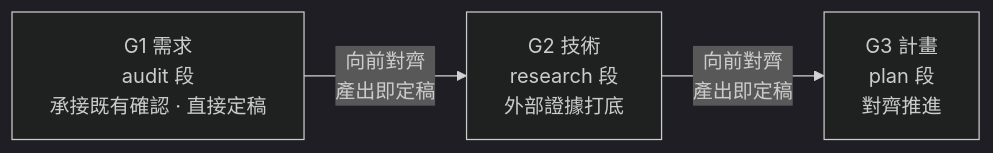
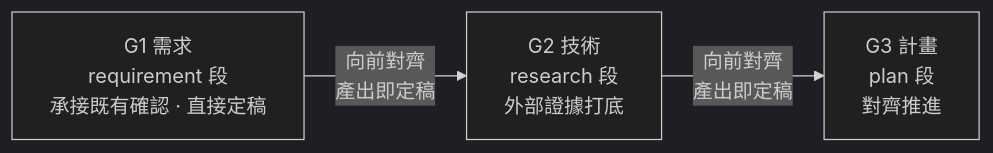
The sixth of 8 diagrams in skills/shiftblame/SKILL.md (teps3105/shiftblame), drawn with Mermaid (dark theme) before and after one commit. The commit also changed other lines of this file and 25 other files, not shown here.

````diff
--- a/skills/shiftblame/SKILL.md
+++ b/skills/shiftblame/SKILL.md
@@ -259,5 +259,5 @@
 ```mermaid
 flowchart LR
-    G1["G1 需求<br/>audit 段<br/>承接既有確認 · 直接定稿"] -->|"向前對齊<br/>產出即定稿"| G2["G2 技術<br/>research 段<br/>外部證據打底"]
+    G1["G1 需求<br/>requirement 段<br/>承接既有確認 · 直接定稿"] -->|"向前對齊<br/>產出即定稿"| G2["G2 技術<br/>research 段<br/>外部證據打底"]
     G2 -->|"向前對齊<br/>產出即定稿"| G3["G3 計畫<br/>plan 段<br/>對齊推進"]
 ```
````
